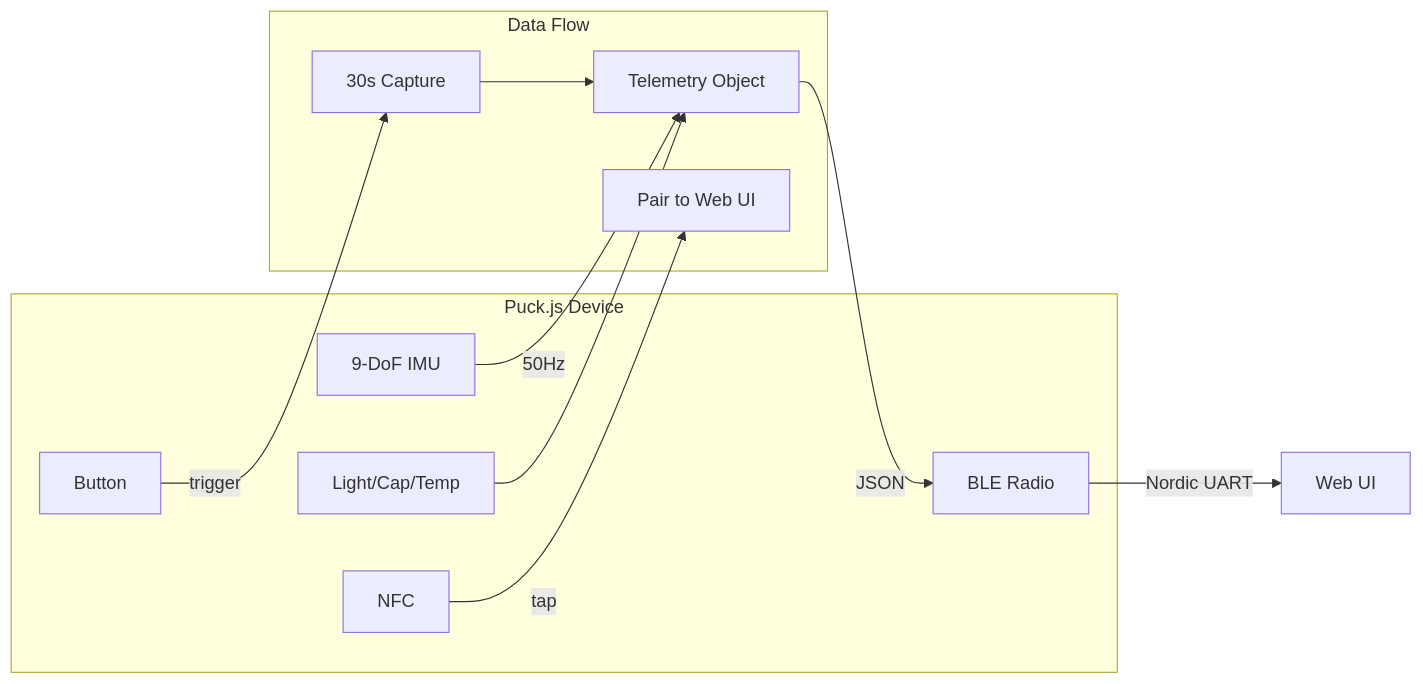
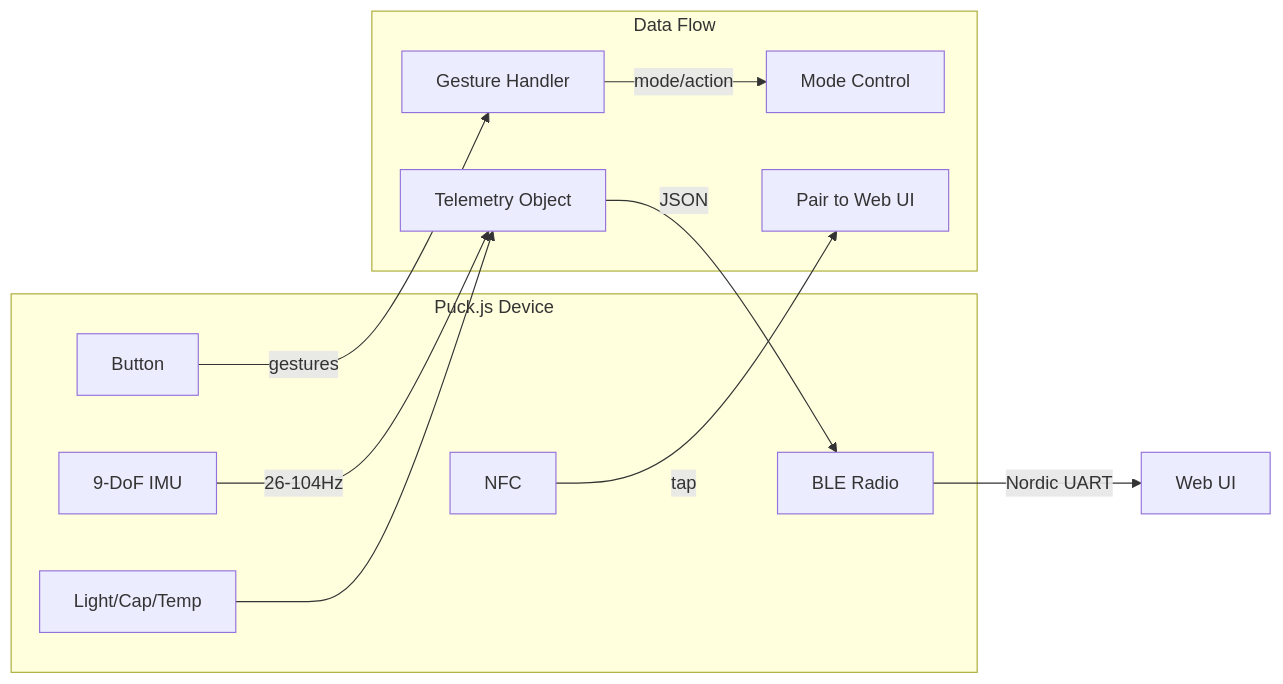
The diagram in src/device/GAMBIT/README.md (christopherdebeer/simcap), drawn with Mermaid before and after one commit. The commit also changed other lines of this file and 3 other files, not shown here.

````diff
--- a/src/device/GAMBIT/README.md
+++ b/src/device/GAMBIT/README.md
@@ -11,21 +11,21 @@
 ```mermaid
 graph LR
     subgraph "Puck.js Device"
         IMU[9-DoF IMU]
         SENSORS[Light/Cap/Temp]
         BTN[Button]
         NFC[NFC]
         BLE[BLE Radio]
     end
 
     subgraph "Data Flow"
-        IMU --> |50Hz| TELEMETRY[Telemetry Object]
+        IMU --> |26-104Hz| TELEMETRY[Telemetry Object]
         SENSORS --> TELEMETRY
-        BTN --> |trigger| CAPTURE[30s Capture]
-        CAPTURE --> TELEMETRY
+        BTN --> |gestures| GESTURE[Gesture Handler]
+        GESTURE --> |mode/action| CONTROL[Mode Control]
         NFC --> |tap| PAIR[Pair to Web UI]
     end
 
     TELEMETRY --> |JSON| BLE
     BLE --> |Nordic UART| WEBUI[Web UI]
 ```
````
